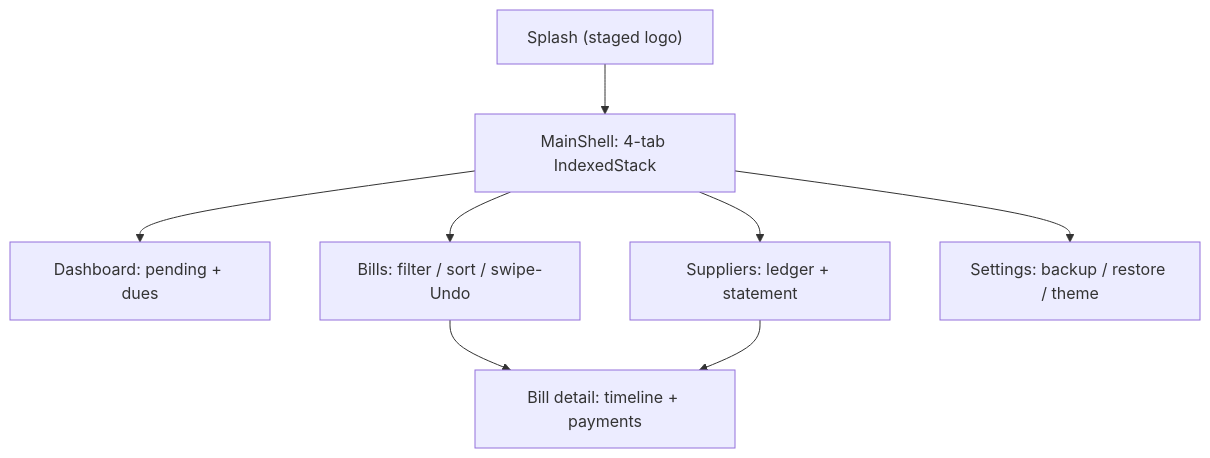
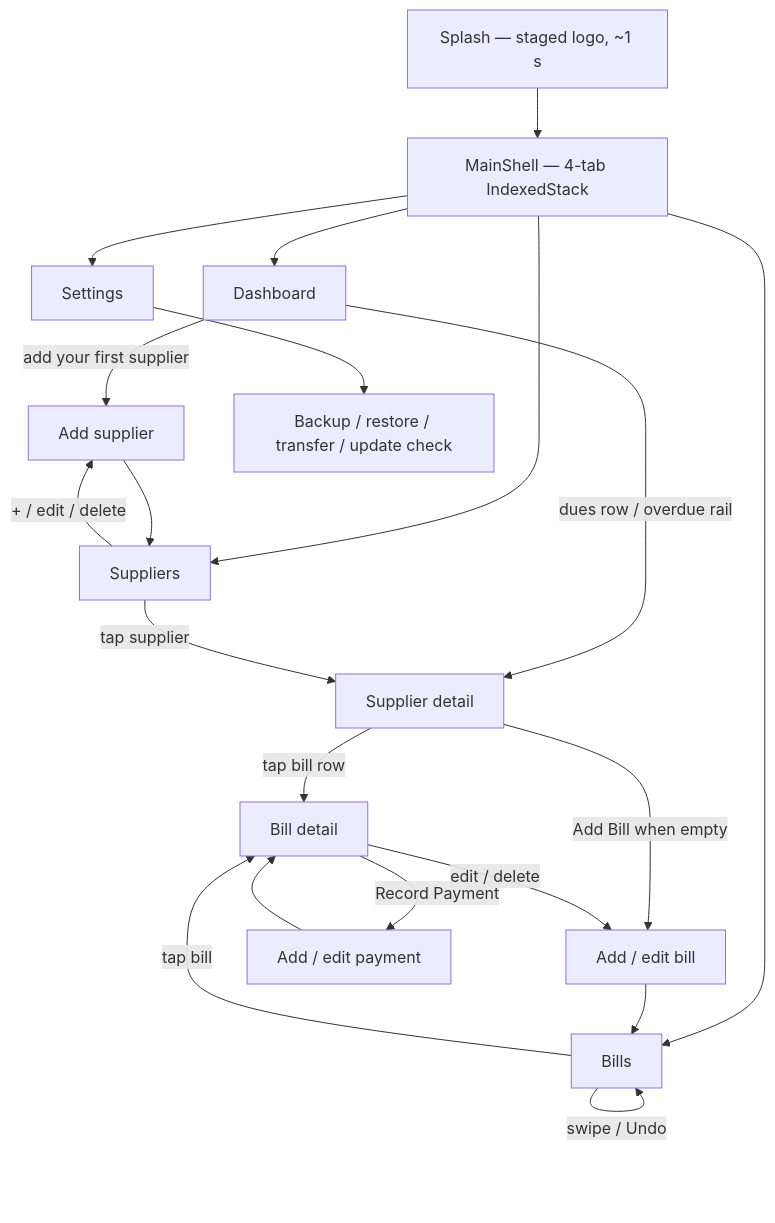
The first of 5 diagrams in README.md (krsnaSuraj/BillMed), drawn with Mermaid before and after one commit. The commit also changed other lines of this file and 48 other files, not shown here.

````diff
--- a/README.md
+++ b/README.md
@@ -44,10 +94,23 @@
 ```mermaid
 flowchart TD
-    Splash["Splash (staged logo)"] --> Shell["MainShell: 4-tab IndexedStack"]
-    Shell --> D["Dashboard: pending + dues"]
-    Shell --> B["Bills: filter / sort / swipe-Undo"]
-    Shell --> S["Suppliers: ledger + statement"]
-    Shell --> ST["Settings: backup / restore / theme"]
-    B --> BD["Bill detail: timeline + payments"]
-    S --> BD
+    Splash["Splash — staged logo, ~1 s"] --> Shell["MainShell — 4-tab IndexedStack"]
+    Shell --> Dash["Dashboard"]
+    Shell --> Bills["Bills"]
+    Shell --> Sup["Suppliers"]
+    Shell --> Set["Settings"]
+
+    Dash -->|"dues row / overdue rail"| SD["Supplier detail"]
+    Dash -->|"add your first supplier"| AddSup["Add supplier"]
+    Bills -->|"tap bill"| BD["Bill detail"]
+    Bills -->|"swipe / Undo"| Bills
+    Sup -->|"tap supplier"| SD
+    Sup -->|"+ / edit / delete"| AddSup
+    SD -->|"tap bill row"| BD
+    SD -->|"Add Bill when empty"| AddBill["Add / edit bill"]
+    BD -->|"Record Payment"| AddPay["Add / edit payment"]
+    BD -->|"edit / delete"| AddBill
+    AddSup --> Sup
+    AddBill --> Bills
+    AddPay --> BD
+    Set --> Backup["Backup / restore / transfer / update check"]
 ```
````
